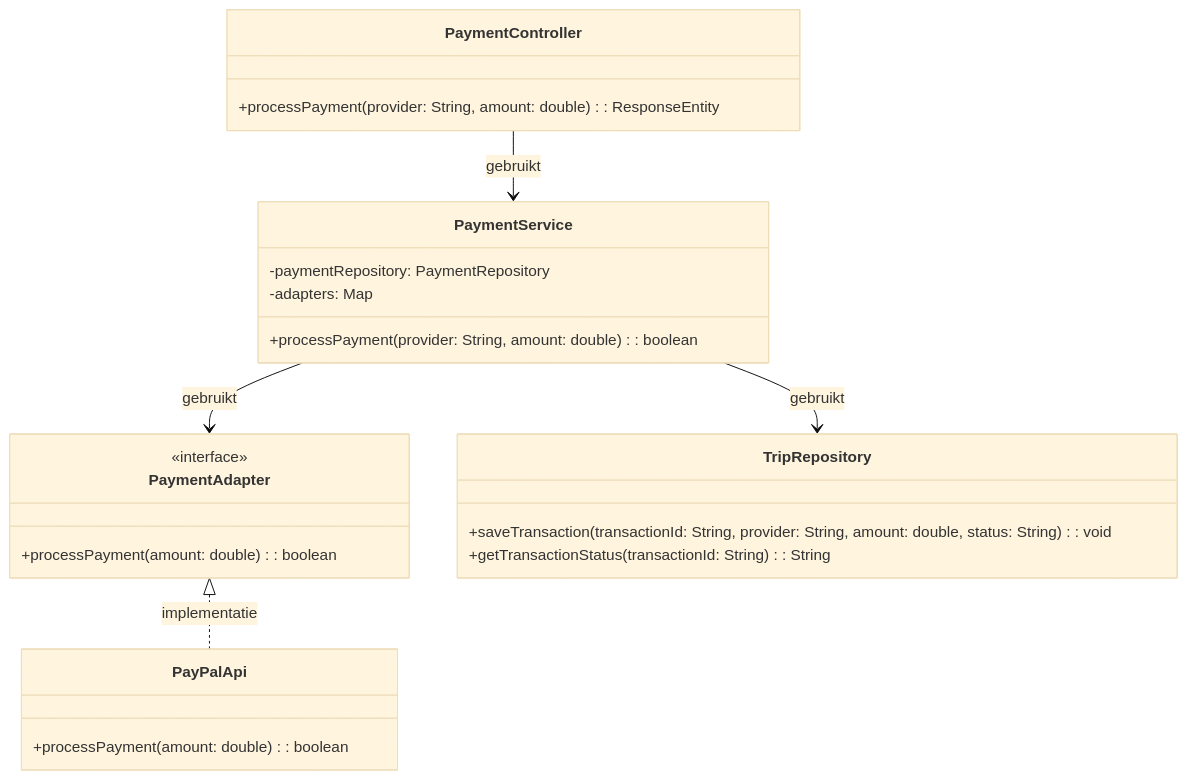
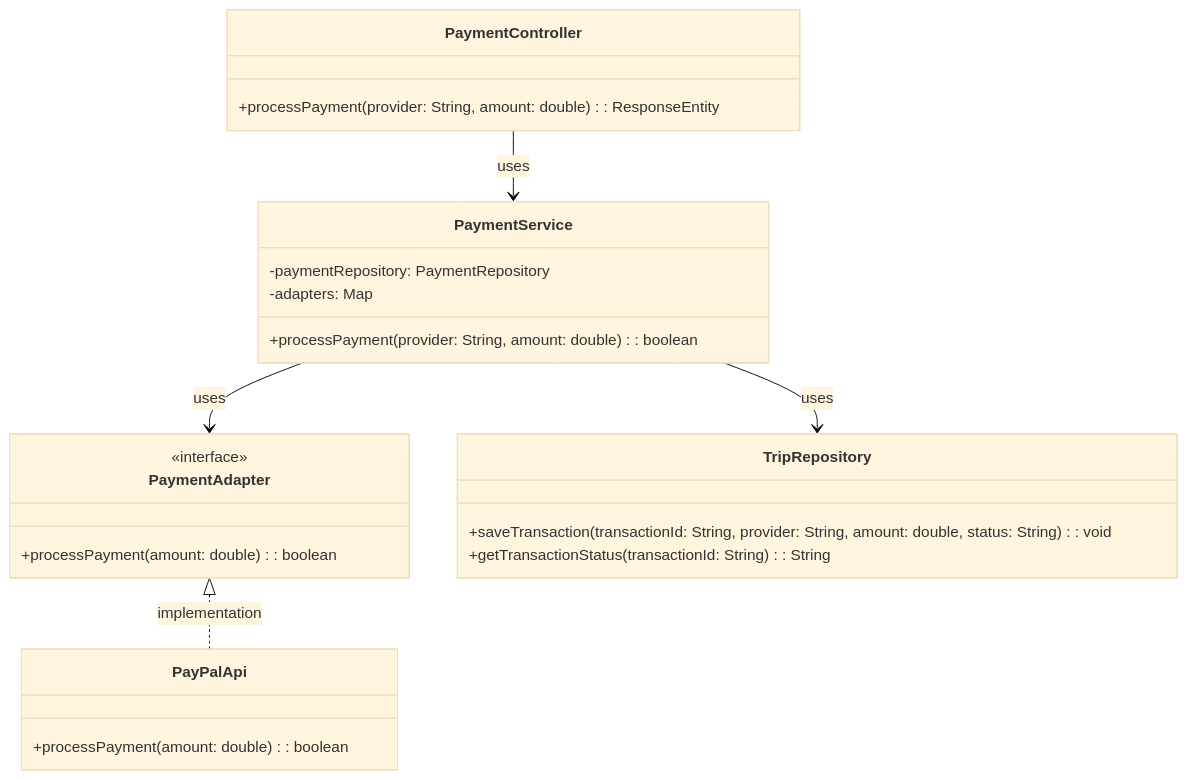
The second of 2 diagrams in Week2/Les 3/Sacha/voorbereiding.md (AIM-ENE-feb25/triptop-inshallahboys), drawn with Mermaid (base theme) before and after one commit.

Commit message:
relaties vertaald

````diff
--- a/Week2/Les 3/Sacha/voorbereiding.md
+++ b/Week2/Les 3/Sacha/voorbereiding.md
@@ -47,34 +47,34 @@
 ```mermaid
 classDiagram
     class PaymentController {
         +processPayment(provider: String, amount: double): ResponseEntity<String>
     }
 
     class PaymentService {
         +processPayment(provider: String, amount: double): boolean
         -paymentRepository: PaymentRepository
         -adapters: Map<String, PaymentAdapter>
     }
 
     class PaymentAdapter {
         <<interface>>
         +processPayment(amount: double): boolean
     }
 
     class PayPalApi{
         +processPayment(amount: double): boolean
         
     }
 
     class TripRepository {
         +saveTransaction(transactionId: String, provider: String, amount: double, status: String): void
         +getTransactionStatus(transactionId: String): String
     }
 
     %% Relaties tussen de klassen
-    PaymentController --> PaymentService : gebruikt
-    PaymentService --> PaymentAdapter : gebruikt
-    PaymentService --> TripRepository : gebruikt
-    PaymentAdapter <|.. PayPalApi : implementatie
+    PaymentController --> PaymentService : uses
+    PaymentService --> PaymentAdapter : uses
+    PaymentService --> TripRepository : uses
+    PaymentAdapter <|.. PayPalApi : implementation
 
 ```
````
